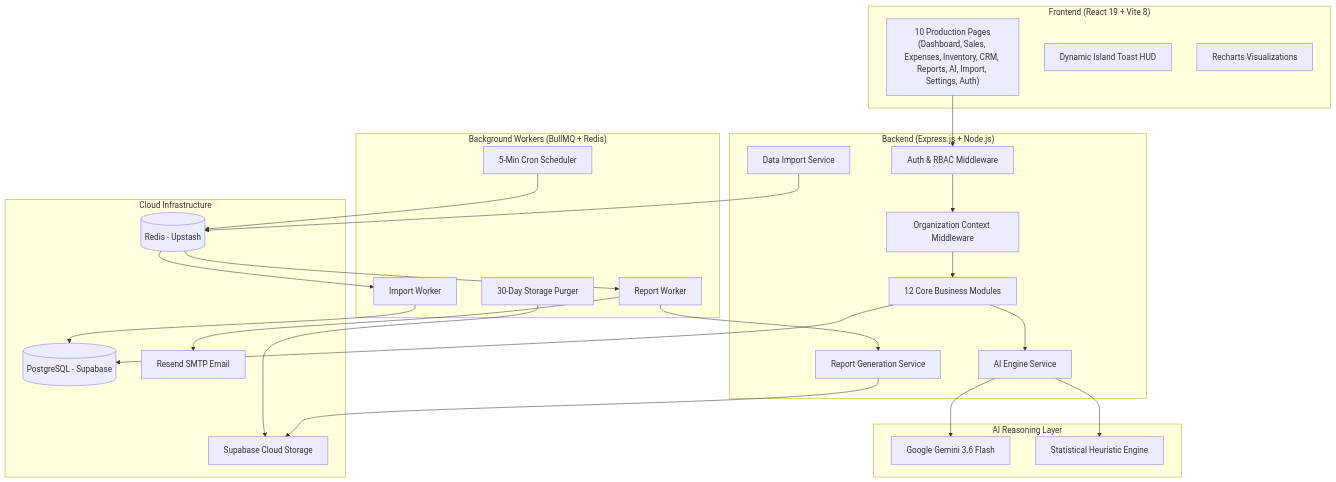
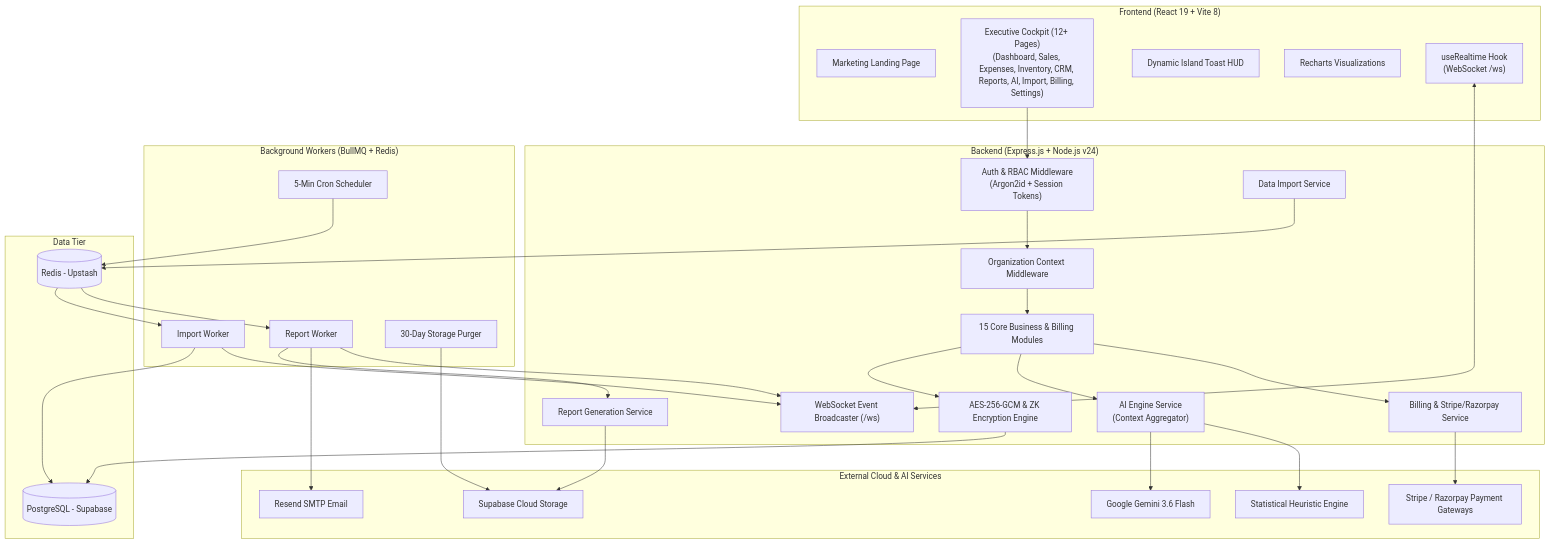
One commit to souvikx18/DecisionOS changed the diagram in README.MD. Above: the diagram before and after it, drawn with Mermaid. The commit also changed other lines of this file, not shown here.

Commit message:
Docker work done, Stripe work st

````diff
--- a/README.MD
+++ b/README.MD
@@ -116,47 +143,57 @@
 ```mermaid
 flowchart TD
     subgraph Client["Frontend (React 19 + Vite 8)"]
-        UI["10 Production Pages\n(Dashboard, Sales, Expenses, Inventory, CRM, Reports, AI, Import, Settings, Auth)"]
+        Landing["Marketing Landing Page"]
+        UI["Executive Cockpit (12+ Pages)\n(Dashboard, Sales, Expenses, Inventory, CRM, Reports, AI, Import, Billing, Settings)"]
         Toast["Dynamic Island Toast HUD"]
         Charts["Recharts Visualizations"]
+        RealtimeHook["useRealtime Hook\n(WebSocket /ws)"]
     end
 
-    subgraph API["Backend (Express.js + Node.js)"]
-        Auth["Auth & RBAC Middleware"]
+    subgraph API["Backend (Express.js + Node.js v24)"]
+        Auth["Auth & RBAC Middleware\n(Argon2id + Session Tokens)"]
         Tenant["Organization Context Middleware"]
-        Modules["12 Core Business Modules"]
-        AIEngine["AI Engine Service"]
+        Crypto["AES-256-GCM & ZK Encryption Engine"]
+        Modules["15 Core Business & Billing Modules"]
+        AIEngine["AI Engine Service\n(Context Aggregator)"]
         ImportSvc["Data Import Service"]
         ReportSvc["Report Generation Service"]
+        BillingSvc["Billing & Stripe/Razorpay Service"]
+        WSHandler["WebSocket Event Broadcaster (/ws)"]
     end
 
     subgraph Workers["Background Workers (BullMQ + Redis)"]
         ImportWorker["Import Worker"]
         ReportWorker["Report Worker"]
         ReportScheduler["5-Min Cron Scheduler"]
         Purger["30-Day Storage Purger"]
     end
 
-    subgraph AI["AI Reasoning Layer"]
+    subgraph External["External Cloud & AI Services"]
         Gemini["Google Gemini 3.6 Flash"]
         Fallback["Statistical Heuristic Engine"]
-    end
-
-    subgraph Infra["Cloud Infrastructure"]
-        PG[("PostgreSQL - Supabase")]
-        Redis[("Redis - Upstash")]
+        StripeGateway["Stripe / Razorpay Payment Gateways"]
         Storage["Supabase Cloud Storage"]
         Email["Resend SMTP Email"]
     end
 
+    subgraph Infra["Data Tier"]
+        PG[("PostgreSQL - Supabase")]
+        Redis[("Redis - Upstash")]
+    end
+
     UI --> Auth --> Tenant --> Modules
-    Modules --> PG
+    RealtimeHook <--> WSHandler
+    Modules --> Crypto --> PG
     Modules --> AIEngine
     AIEngine --> Gemini
     AIEngine --> Fallback
+    Modules --> BillingSvc --> StripeGateway
     ImportSvc --> Redis --> ImportWorker --> PG
+    ImportWorker --> WSHandler
     ReportSvc --> Storage
     ReportScheduler --> Redis --> ReportWorker --> ReportSvc
     ReportWorker --> Email
+    ReportWorker --> WSHandler
     Purger --> Storage
 ```
````
